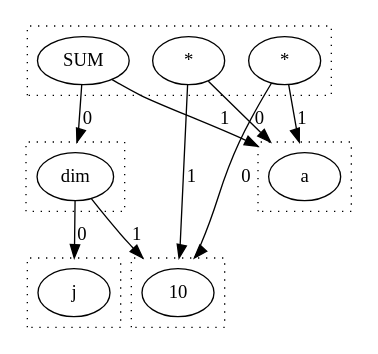
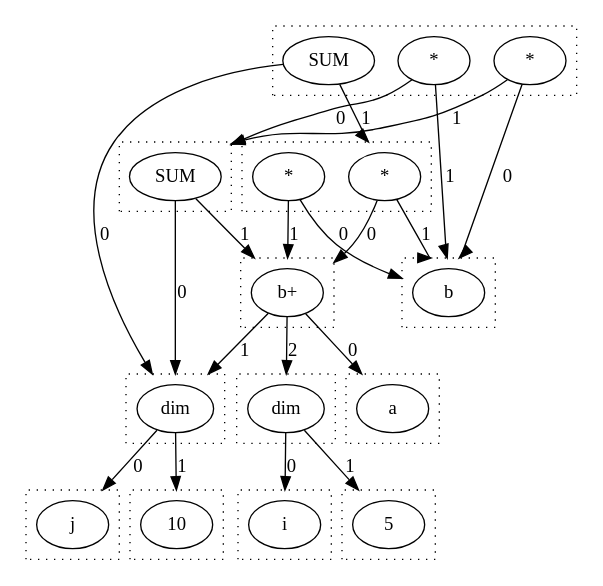
One commit to wormhole-optimization/wopt changed the diagram in dots/grammar.dot. Above: the diagram before and after it, drawn with Graphviz. The commit also changed 3 other files, not shown here.

```diff
--- a/dots/grammar.dot
+++ b/dots/grammar.dot
@@ -1,33 +1,73 @@
 digraph {
   compound=true
   subgraph cluster_0 {
     style=dotted
     0.0[label = "j"]
   }
   subgraph cluster_1 {
     style=dotted
     1.0[label = "10"]
   }
   subgraph cluster_2 {
     style=dotted
     2.0[label = "dim"]
   }
   subgraph cluster_3 {
     style=dotted
-    3.0[label = "a"]
+    3.0[label = "b"]
   }
   subgraph cluster_4 {
     style=dotted
-    4.0[label = "*"]
-    4.1[label = "SUM"]
-    4.2[label = "*"]
+    4.0[label = "a"]
+  }
+  subgraph cluster_5 {
+    style=dotted
+    5.0[label = "i"]
+  }
+  subgraph cluster_6 {
+    style=dotted
+    6.0[label = "5"]
+  }
+  subgraph cluster_7 {
+    style=dotted
+    7.0[label = "dim"]
+  }
+  subgraph cluster_8 {
+    style=dotted
+    8.0[label = "b+"]
+  }
+  subgraph cluster_9 {
+    style=dotted
+    9.0[label = "*"]
+    9.1[label = "*"]
+  }
+  subgraph cluster_10 {
+    style=dotted
+    10.0[label = "*"]
+    10.1[label = "SUM"]
+    10.2[label = "*"]
+  }
+  subgraph cluster_12 {
+    style=dotted
+    12.0[label = "SUM"]
   }
   2.0 -> 0.0 [lhead = cluster_0, label = 0]
   2.0 -> 1.0 [lhead = cluster_1, label = 1]
-  4.0 -> 3.0 [lhead = cluster_3, label = 0]
-  4.0 -> 1.0 [lhead = cluster_1, label = 1]
-  4.1 -> 2.0 [lhead = cluster_2, label = 0]
-  4.1 -> 3.0 [lhead = cluster_3, label = 1]
-  4.2 -> 1.0 [lhead = cluster_1, label = 0]
-  4.2 -> 3.0 [lhead = cluster_3, label = 1]
+  7.0 -> 5.0 [lhead = cluster_5, label = 0]
+  7.0 -> 6.0 [lhead = cluster_6, label = 1]
+  8.0 -> 4.0 [lhead = cluster_4, label = 0]
+  8.0 -> 2.0 [lhead = cluster_2, label = 1]
+  8.0 -> 7.0 [lhead = cluster_7, label = 2]
+  9.0 -> 8.0 [lhead = cluster_8, label = 0]
+  9.0 -> 3.0 [lhead = cluster_3, label = 1]
+  9.1 -> 3.0 [lhead = cluster_3, label = 0]
+  9.1 -> 8.0 [lhead = cluster_8, label = 1]
+  10.0 -> 3.0 [lhead = cluster_3, label = 0]
+  10.0 -> 12.0 [lhead = cluster_12, label = 1]
+  10.1 -> 2.0 [lhead = cluster_2, label = 0]
+  10.1 -> 9.0 [lhead = cluster_9, label = 1]
+  10.2 -> 12.0 [lhead = cluster_12, label = 0]
+  10.2 -> 3.0 [lhead = cluster_3, label = 1]
+  12.0 -> 2.0 [lhead = cluster_2, label = 0]
+  12.0 -> 8.0 [lhead = cluster_8, label = 1]
 }
```
